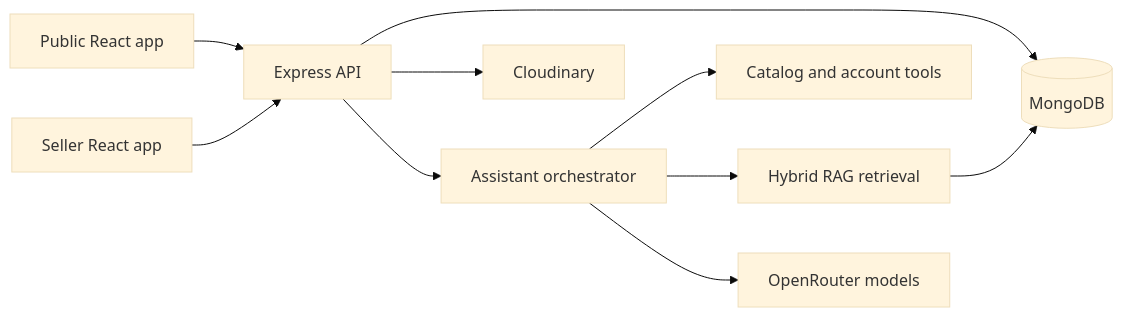
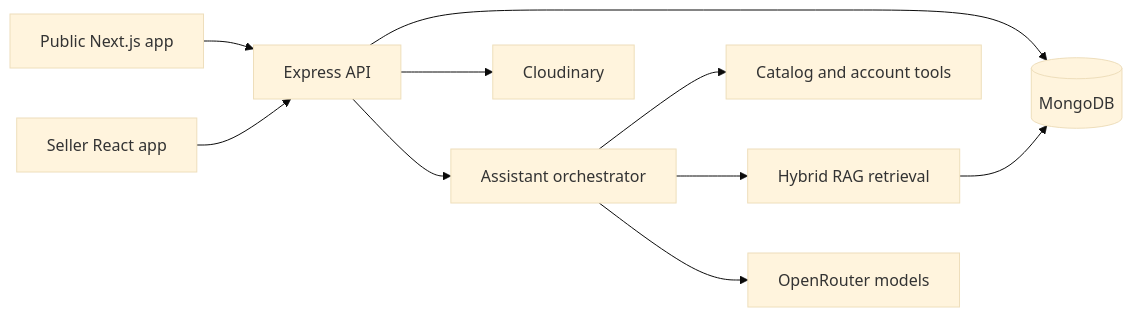
The diagram in README.md (yabuz87/ElectraMarket-AI), drawn with Mermaid (base theme) before and after one commit. The commit also changed other lines of this file and 13 other files, not shown here.

````diff
--- a/README.md
+++ b/README.md
@@ -41,12 +41,12 @@
 ```mermaid
 flowchart LR
-    Client[Public React app] --> API[Express API]
+    Client[Public Next.js app] --> API[Express API]
     Admin[Seller React app] --> API
     API --> Mongo[(MongoDB)]
     API --> Cloudinary[Cloudinary]
     API --> Assistant[Assistant orchestrator]
     Assistant --> Tools[Catalog and account tools]
     Assistant --> RAG[Hybrid RAG retrieval]
     Assistant --> OpenRouter[OpenRouter models]
     RAG --> Mongo
 ```
````
